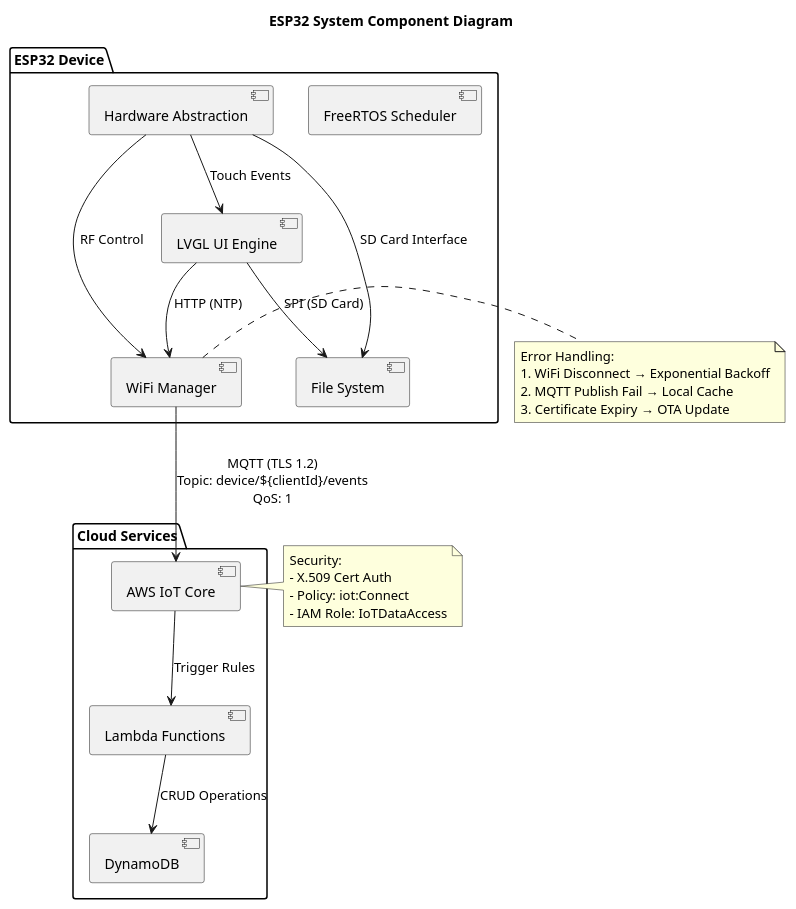
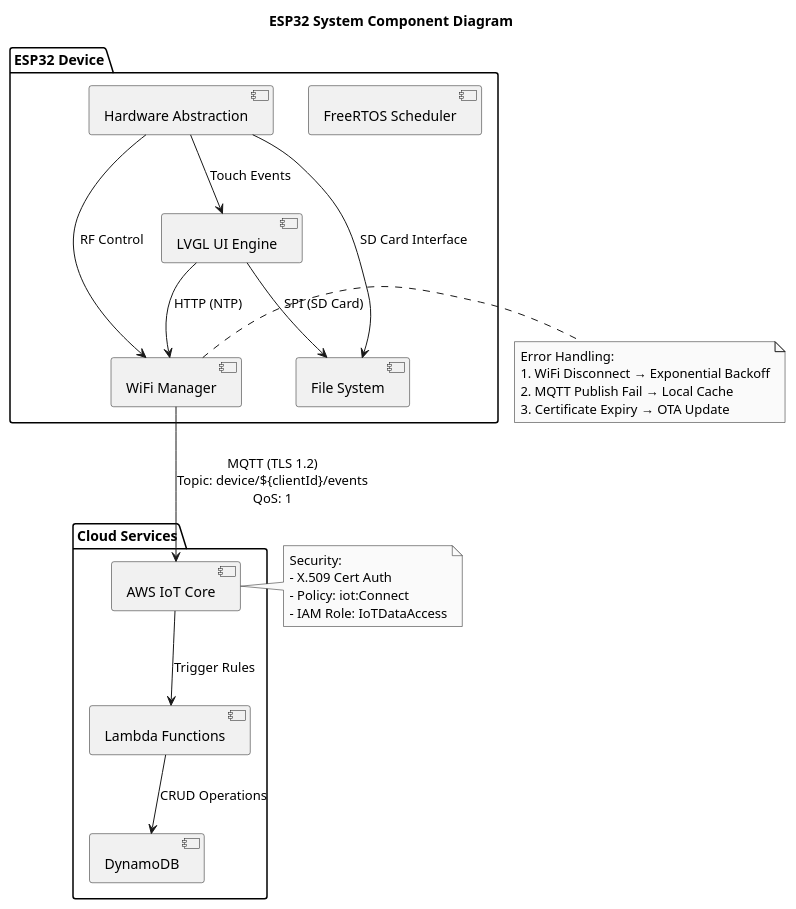
One commit to TingRubato/cydOS changed the diagram in diagrams/component.puml. Above: the diagram before and after it, drawn with PlantUML. The commit also changed 3 other files, not shown here.

Commit message:
docs: add documentation headers to PlantUML diagrams

```diff
--- a/diagrams/component.puml
+++ b/diagrams/component.puml
@@ -1,41 +1,57 @@
 @startuml
+'/**
+' * @file component.puml
+' * @brief System Component Diagram for ESP32 IoT Device
+' * 
+' * Shows architectural components and their relationships
+' * 
+' * Key Elements:
+' * - Device Firmware Components
+' * - Cloud Services Integration
+' * - Error Handling Mechanisms
+' * 
+' * Last Updated: 2025-06-01
+' * Version: 1.0
+' */
 title ESP32 System Component Diagram
+skinparam monochrome true
+skinparam defaultFontName Helvetica
 
 package "ESP32 Device" {
   [LVGL UI Engine] as ui
   [FreeRTOS Scheduler] as rtos
   [WiFi Manager] as wifi
   [File System] as fs
   [Hardware Abstraction] as hw
 }
 
 package "Cloud Services" {
   [AWS IoT Core] as iot
   [Lambda Functions] as lambda
   [DynamoDB] as db
 }
 
 ui --> wifi : "HTTP (NTP)"
 ui --> fs : "SPI (SD Card)"
 wifi --> iot : "MQTT (TLS 1.2)\nTopic: device/${clientId}/events\nQoS: 1"
 iot --> lambda : "Trigger Rules"
 lambda --> db : "CRUD Operations"
 
 hw --> ui : "Touch Events"
 hw --> wifi : "RF Control"
 hw --> fs : "SD Card Interface"
 
 note right of wifi
   Error Handling:
   1. WiFi Disconnect → Exponential Backoff
   2. MQTT Publish Fail → Local Cache
   3. Certificate Expiry → OTA Update
 end note
 
 note left of iot
   Security:
   - X.509 Cert Auth
   - Policy: iot:Connect
   - IAM Role: IoTDataAccess
 end note
 @enduml
```
